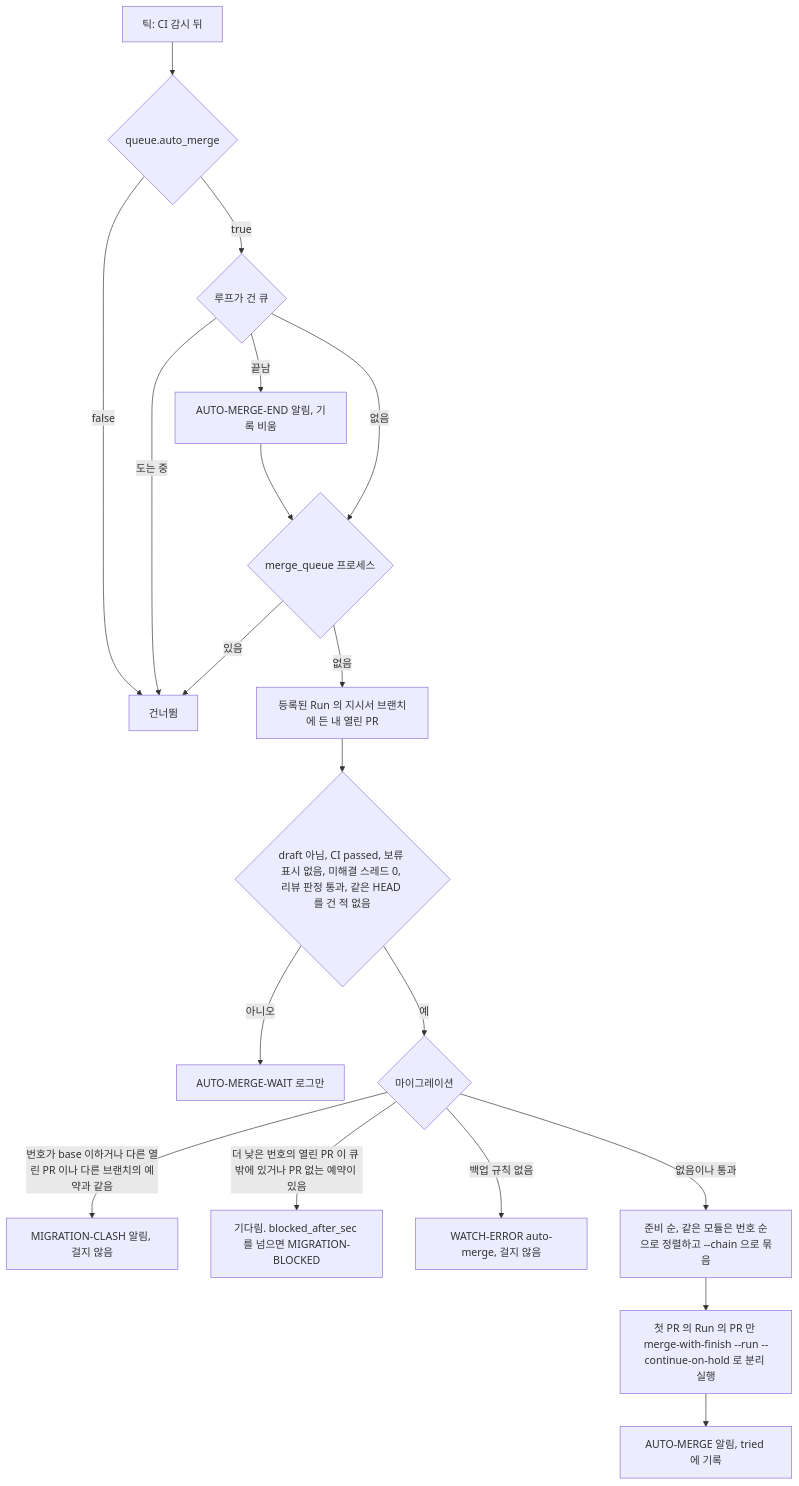
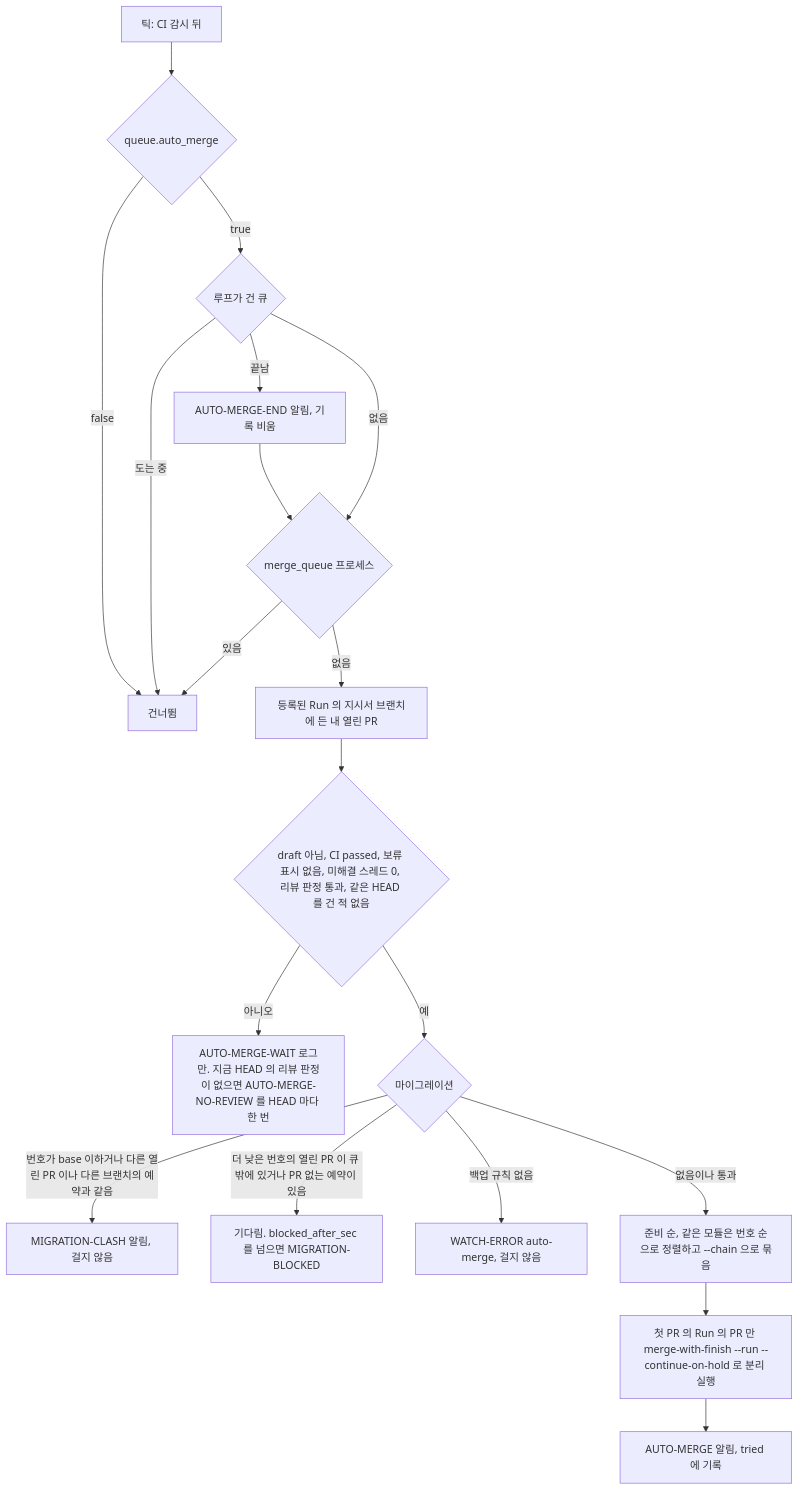
The seventh of 8 diagrams in docs/flow.md (jon890/fos-skills), drawn with Mermaid before and after one commit. The commit also changed other lines of this file and 8 other files, not shown here.

First line of the commit message:
fix(orch): 자동 머지가 지금 HEAD 의 리뷰 판정만 세고 없으면 알린다

````diff
--- a/docs/flow.md
+++ b/docs/flow.md
@@ -289,21 +289,21 @@
 ```mermaid
 flowchart TD
     T[틱: CI 감시 뒤] --> E{queue.auto_merge}
     E -->|false| X[건너뜀]
     E -->|true| Q{루프가 건 큐}
     Q -->|끝남| END[AUTO-MERGE-END 알림, 기록 비움]
     Q -->|도는 중| X
     END --> P
     Q -->|없음| P{merge_queue 프로세스}
     P -->|있음| X
     P -->|없음| C[등록된 Run 의 지시서 브랜치에 든 내 열린 PR]
     C --> R{draft 아님, CI passed, 보류 표시 없음, 미해결 스레드 0, 리뷰 판정 통과, 같은 HEAD 를 건 적 없음}
-    R -->|아니오| W[AUTO-MERGE-WAIT 로그만]
+    R -->|아니오| W[AUTO-MERGE-WAIT 로그만. 지금 HEAD 의 리뷰 판정이 없으면 AUTO-MERGE-NO-REVIEW 를 HEAD 마다 한 번]
     R -->|예| M{마이그레이션}
     M -->|번호가 base 이하거나 다른 열린 PR 이나 다른 브랜치의 예약과 같음| CL[MIGRATION-CLASH 알림, 걸지 않음]
     M -->|더 낮은 번호의 열린 PR 이 큐 밖에 있거나 PR 없는 예약이 있음| B[기다림. blocked_after_sec 를 넘으면 MIGRATION-BLOCKED]
     M -->|백업 규칙 없음| WE[WATCH-ERROR auto-merge, 걸지 않음]
     M -->|없음이나 통과| O[준비 순, 같은 모듈은 번호 순으로 정렬하고 --chain 으로 묶음]
     O --> L[첫 PR 의 Run 의 PR 만 merge-with-finish --run --continue-on-hold 로 분리 실행]
     L --> A[AUTO-MERGE 알림, tried 에 기록]
 ```
````
